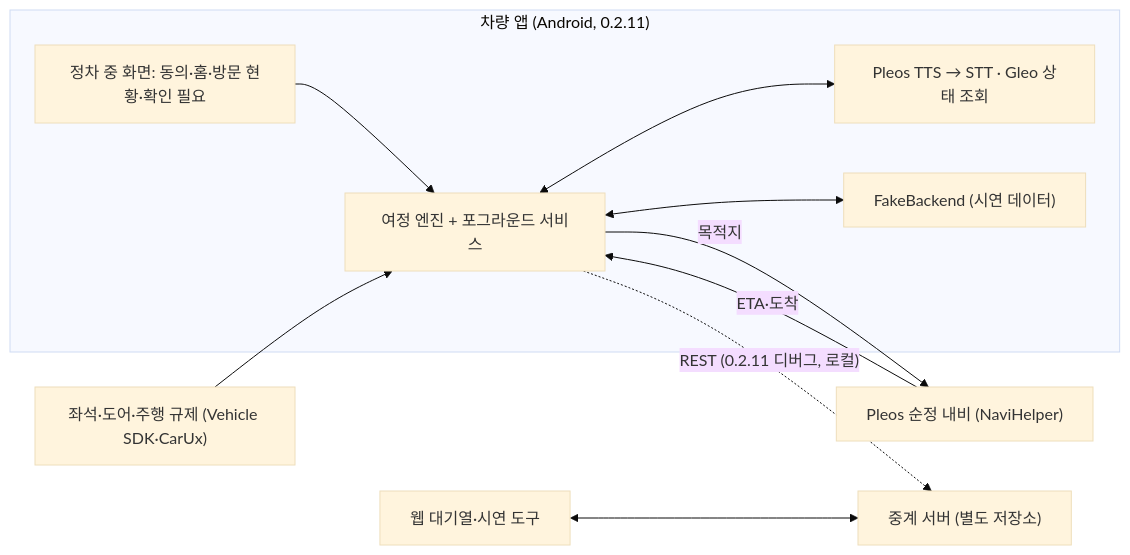
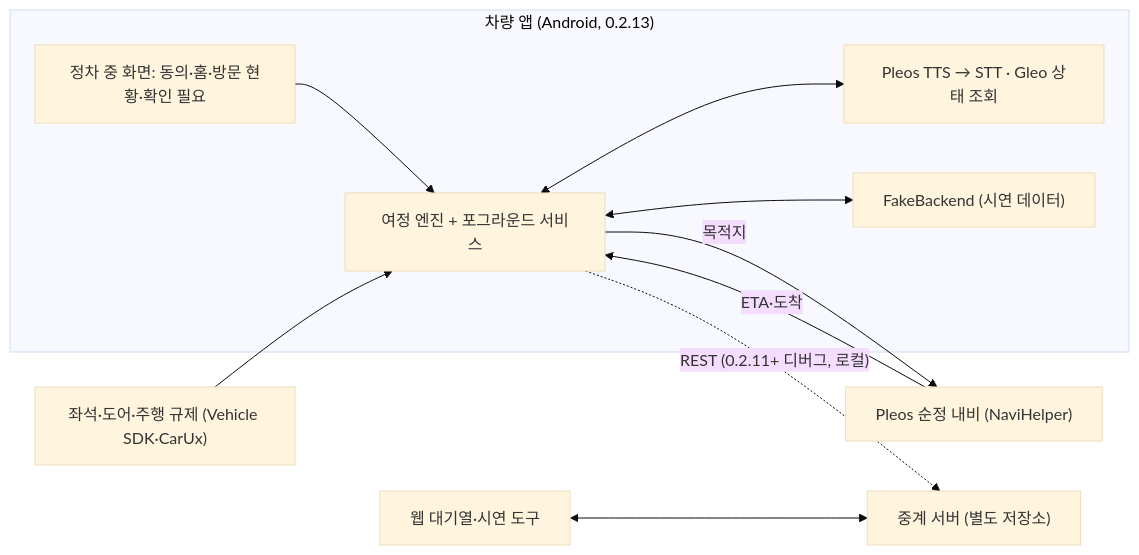
The diagram in README.md (smartjourney-pleos/smart-journey-main), drawn with Mermaid (base theme) before and after one commit. The commit also changed other lines of this file and 3 other files, not shown here.

````diff
--- a/README.md
+++ b/README.md
@@ -203,19 +206,19 @@
 ```mermaid
 flowchart LR
-  subgraph CAR["차량 앱 (Android, 0.2.11)"]
+  subgraph CAR["차량 앱 (Android, 0.2.13)"]
     UI["정차 중 화면: 동의·홈·방문 현황·확인 필요"]
     ENGINE["여정 엔진 + 포그라운드 서비스"]
     VOICE["Pleos TTS → STT · Gleo 상태 조회"]
     FAKE["FakeBackend (시연 데이터)"]
     UI --> ENGINE
     ENGINE <--> VOICE
     ENGINE <--> FAKE
   end
   NAVI["Pleos 순정 내비 (NaviHelper)"] -->|"ETA·도착"| ENGINE
   ENGINE -->|"목적지"| NAVI
   VEH["좌석·도어·주행 규제 (Vehicle SDK·CarUx)"] --> ENGINE
   SERVER["중계 서버 (별도 저장소)"]
   WEB["웹 대기열·시연 도구"]
-  ENGINE -. "REST (0.2.11 디버그, 로컬)" .-> SERVER
+  ENGINE -. "REST (0.2.11+ 디버그, 로컬)" .-> SERVER
   WEB <--> SERVER
 ```
````
